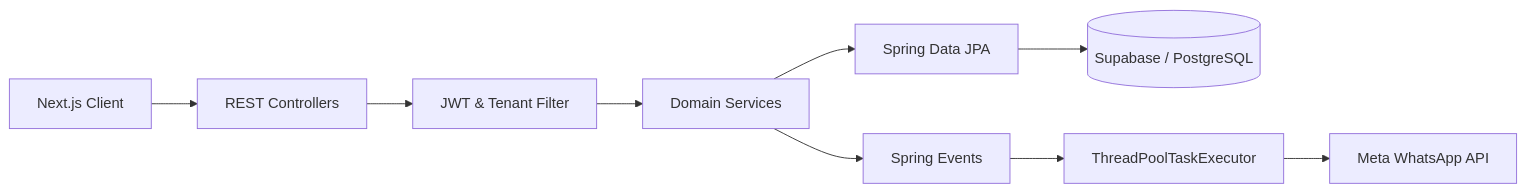
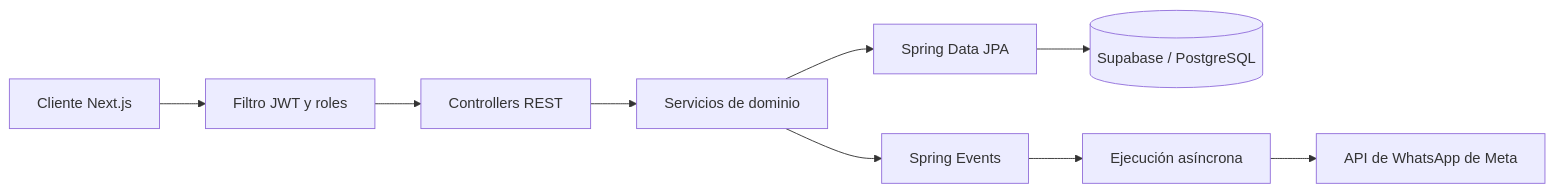
Before and after one commit to Manolooo04/FitelyBack-Cala-Backend: the second of 2 diagrams in README.md, drawn with Mermaid. The commit also changed other lines of this file, not shown here.

````diff
--- a/README.md
+++ b/README.md
@@ -132,21 +201,21 @@
 ```mermaid
 flowchart LR
-    Frontend[Next.js Client]
-    Controller[REST Controllers]
-    Security[JWT & Tenant Filter]
-    Service[Domain Services]
+    Frontend[Cliente Next.js]
+    Security[Filtro JWT y roles]
+    Controller[Controllers REST]
+    Service[Servicios de dominio]
     Repository[Spring Data JPA]
     Supabase[(Supabase / PostgreSQL)]
     Events[Spring Events]
-    Async[ThreadPoolTaskExecutor]
-    Meta[Meta WhatsApp API]
+    Async[Ejecución asíncrona]
+    Meta[API de WhatsApp de Meta]
 
-    Frontend --> Controller
-    Controller --> Security
-    Security --> Service
+    Frontend --> Security
+    Security --> Controller
+    Controller --> Service
     Service --> Repository
     Repository --> Supabase
     Service --> Events
     Events --> Async
     Async --> Meta
 ```
````
